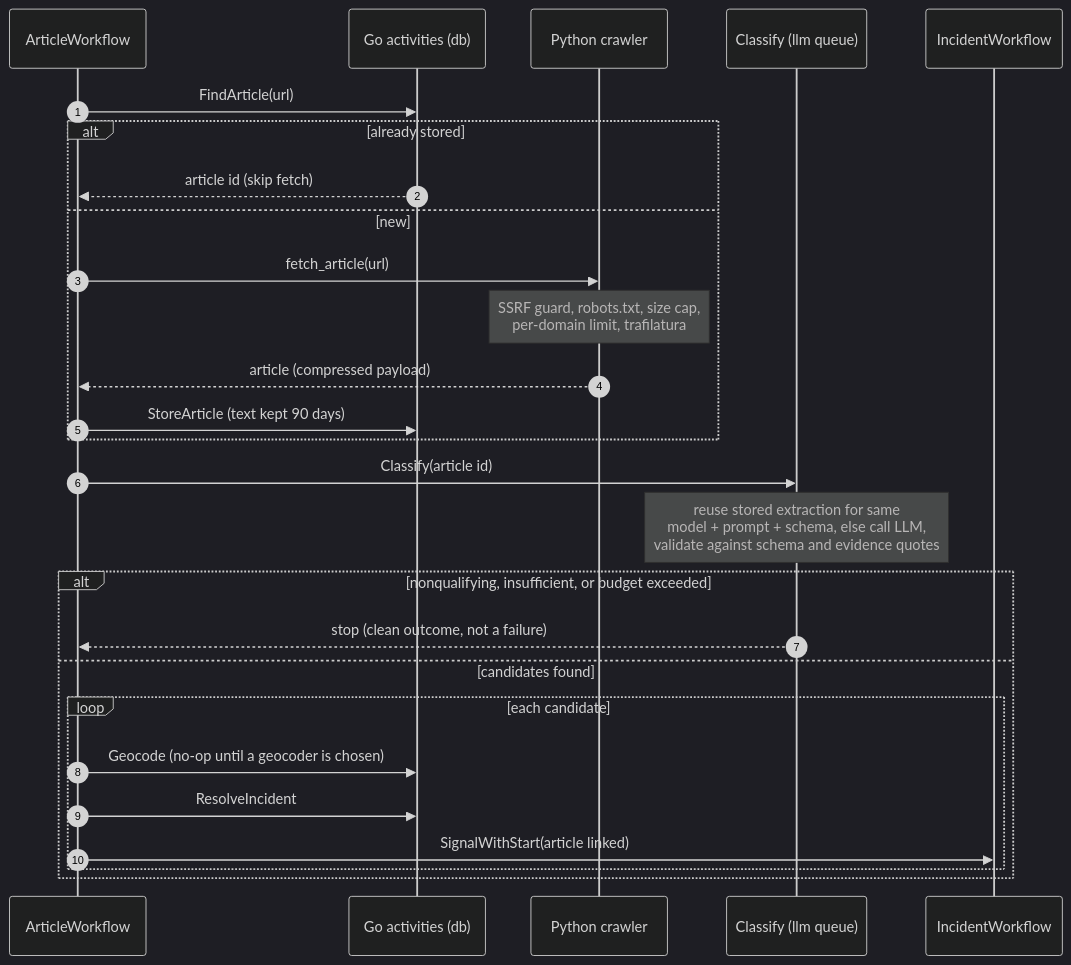
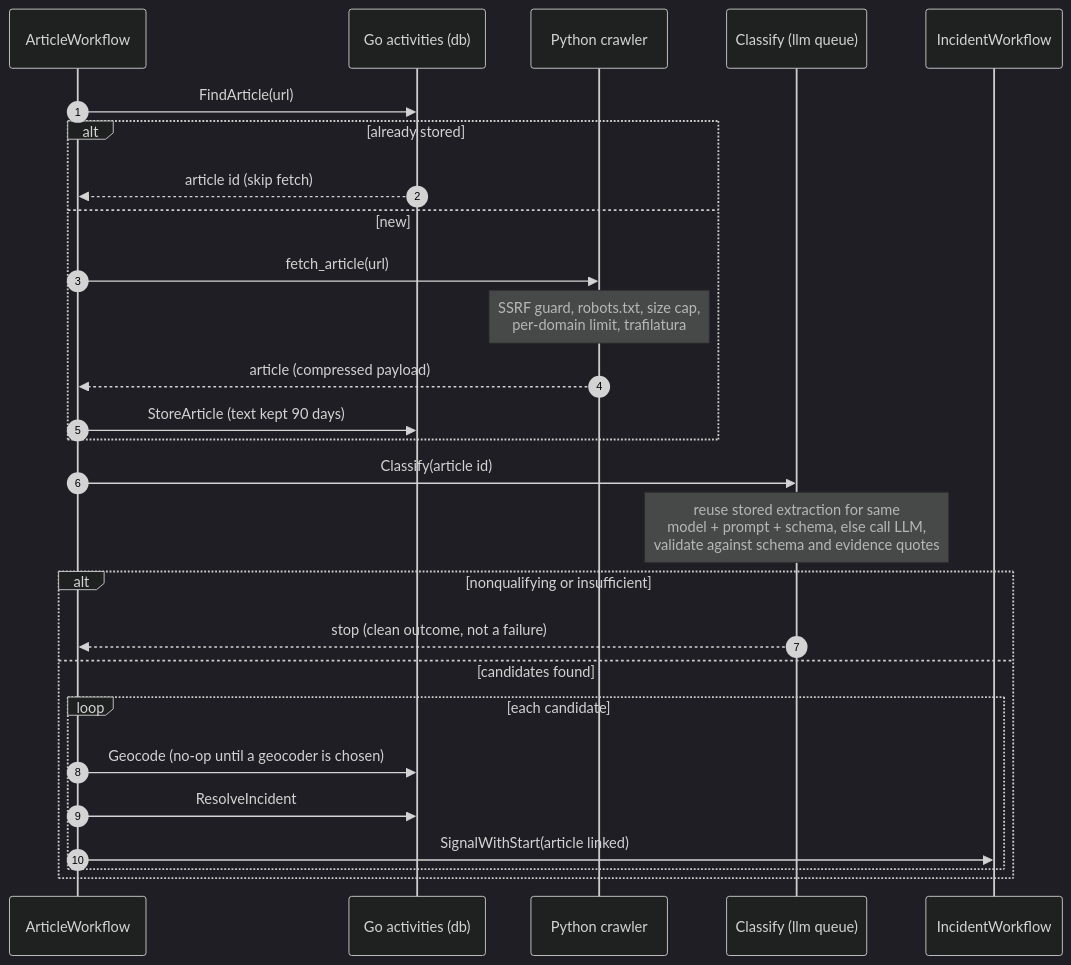
Before and after one commit to joshdurbin/vulnerable_user_incident_tracking: the fifth of 14 diagrams in docs/design.md, drawn with Mermaid (dark theme). The commit also changed other lines of this file and 45 other files, not shown here.

````diff
--- a/docs/design.md
+++ b/docs/design.md
@@ -141,30 +141,30 @@
 ```mermaid
 sequenceDiagram
   autonumber
   participant W as ArticleWorkflow
   participant DB as Go activities (db)
   participant C as Python crawler
   participant L as Classify (llm queue)
   participant I as IncidentWorkflow
 
   W->>DB: FindArticle(url)
   alt already stored
     DB-->>W: article id (skip fetch)
   else new
     W->>C: fetch_article(url)
     Note over C: SSRF guard, robots.txt, size cap,<br/>per-domain limit, trafilatura
     C-->>W: article (compressed payload)
     W->>DB: StoreArticle (text kept 90 days)
   end
   W->>L: Classify(article id)
   Note over L: reuse stored extraction for same<br/>model + prompt + schema, else call LLM,<br/>validate against schema and evidence quotes
-  alt nonqualifying, insufficient, or budget exceeded
+  alt nonqualifying or insufficient
     L-->>W: stop (clean outcome, not a failure)
   else candidates found
     loop each candidate
       W->>DB: Geocode (no-op until a geocoder is chosen)
       W->>DB: ResolveIncident
       W->>I: SignalWithStart(article linked)
     end
   end
 ```
````
